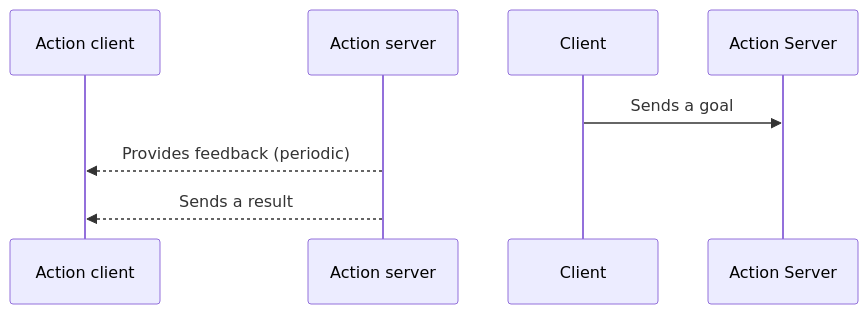
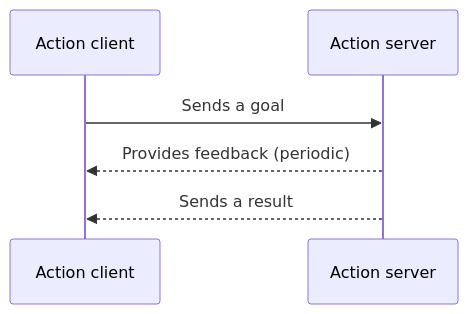
The third of 3 diagrams in source/ROS-Framework/Interfaces-Topics-Services-Actions.rst (ros2/ros2_documentation), drawn with Mermaid before and after one commit.

Commit message:
Fix malformed Actions sequence diagram (#7154)
* Fix malformed Actions sequence diagram

* Fix wrong Server case

* Use aliases to remove repetition of names

---------

```diff
--- a/source/ROS-Framework/Interfaces-Topics-Services-Actions.rst
+++ b/source/ROS-Framework/Interfaces-Topics-Services-Actions.rst
@@ -114,8 +114,8 @@
 .. mermaid::
 
    sequenceDiagram
-    participant Action client
-    participant Action server
-    Client->>Action Server: Sends a goal
-    Action server-->>Action client: Provides feedback (periodic)
-    Action server-->>Action client: Sends a result
+    participant c as Action client
+    participant s as Action server
+    c->>s: Sends a goal
+    s-->>c: Provides feedback (periodic)
+    s-->>c: Sends a result
```
